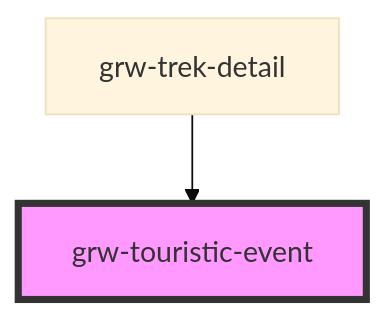
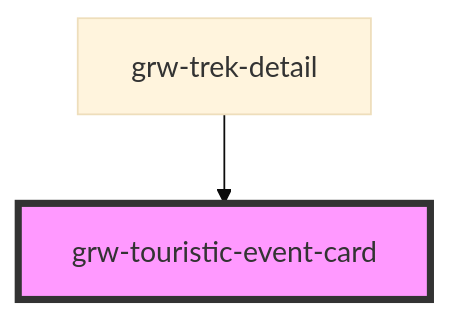
Before and after one commit to GeotrekCE/Geotrek-rando-widget: the diagram in src/components/grw-touristic-event/readme.md, drawn with Mermaid (base theme). The commit also changed other lines of this file and 26 other files, not shown here.

````diff
--- a/src/components/grw-touristic-event/readme.md
+++ b/src/components/grw-touristic-event/readme.md
@@ -29,5 +27,5 @@
 ```mermaid
 graph TD;
-  grw-trek-detail --> grw-touristic-event
-  style grw-touristic-event fill:#f9f,stroke:#333,stroke-width:4px
+  grw-trek-detail --> grw-touristic-event-card
+  style grw-touristic-event-card fill:#f9f,stroke:#333,stroke-width:4px
 ```
````
